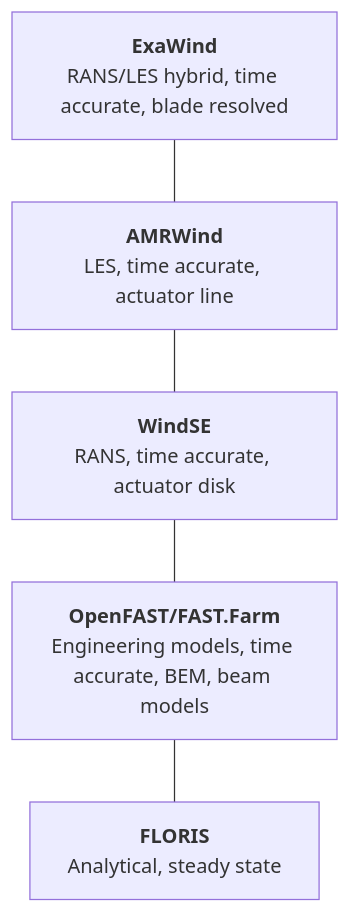
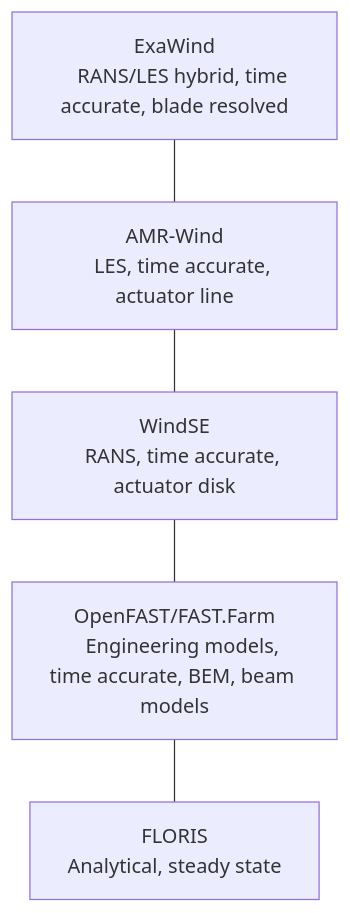
Before and after one commit to kmruehl/WETOStack: the second of 2 diagrams in _sources/capabilities.md, drawn with Mermaid. The commit also changed 1 other file, not shown here.

Commit message:
deploy: 4f76b1214c80a755c3b4dd3450954c84e36f7ad6

````diff
--- a/_sources/capabilities.md
+++ b/_sources/capabilities.md
@@ -45,22 +45,22 @@
 ```{mermaid}
 flowchart TD
-    A["`**ExaWind**
-    RANS/LES hybrid, time accurate, blade resolved`"]
+    A["ExaWind
+    RANS/LES hybrid, time accurate, blade resolved"]
 
-    B["`**AMRWind**
-    LES, time accurate, actuator line`"]
+    B["AMR-Wind
+    LES, time accurate, actuator line"]
 
-    C["`**WindSE**
-    RANS, time accurate, actuator disk`"]
+    C["WindSE
+    RANS, time accurate, actuator disk"]
 
-    D["`**OpenFAST/FAST.Farm**
-    Engineering models, time accurate, BEM, beam models`"]
+    D["OpenFAST/FAST.Farm
+    Engineering models, time accurate, BEM, beam models"]
 
-    E["`**FLORIS**
-    Analytical, steady state`"]
+    E["FLORIS
+    Analytical, steady state"]
 
     A --- B
     B --- C
     C --- D
     D --- E
 ```
````
